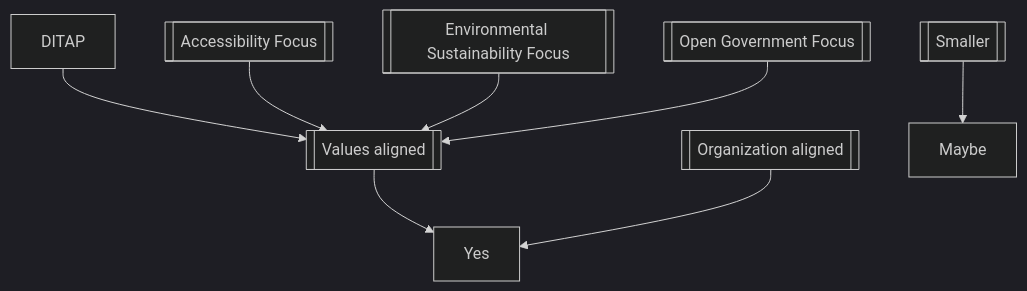
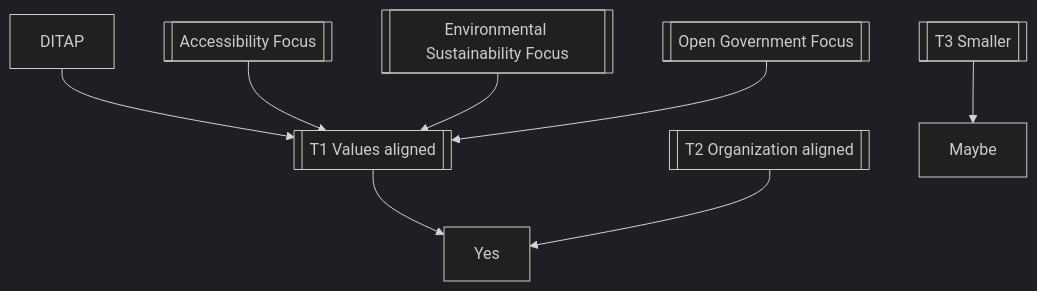
The second of 2 diagrams in impact.md (mgifford/mermaid-graphs), drawn with Mermaid (dark theme) before and after one commit. The commit also changed other lines of this file, not shown here.

````diff
--- a/impact.md
+++ b/impact.md
@@ -26,10 +28,10 @@
 ```mermaid
 graph TD
    DITAP-->Tier1;
    Accessibility[[Accessibility Focus]]-->Tier1;
    Sustainability[[Environmental Sustainability Focus]]-->Tier1;
    Open[[Open Government Focus]]-->Tier1;
-   Tier1[[Values aligned]]-->Yes;
-   Tier2[[Organization aligned]]-->Yes
-   Tier3[[Smaller]]-->Maybe
+   Tier1[[T1 Values aligned]]-->Yes;
+   Tier2[[T2 Organization aligned]]-->Yes
+   Tier3[[T3 Smaller]]-->Maybe
 ```
````
